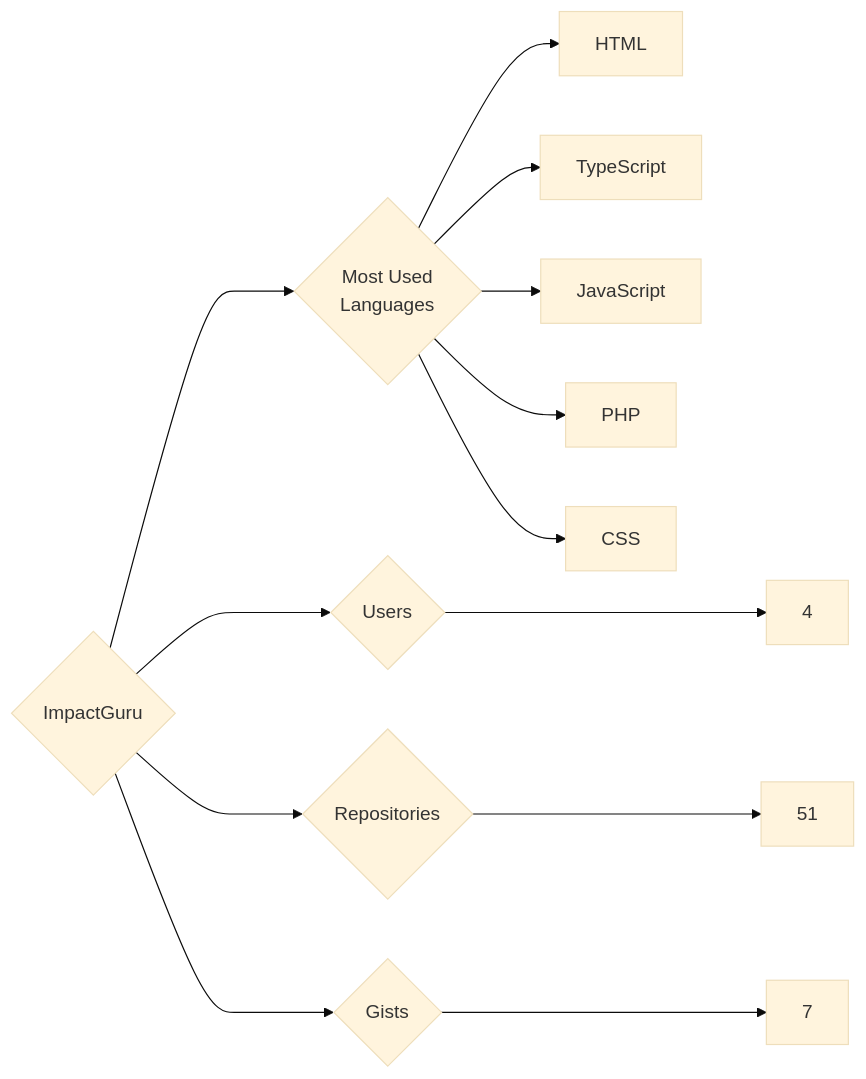
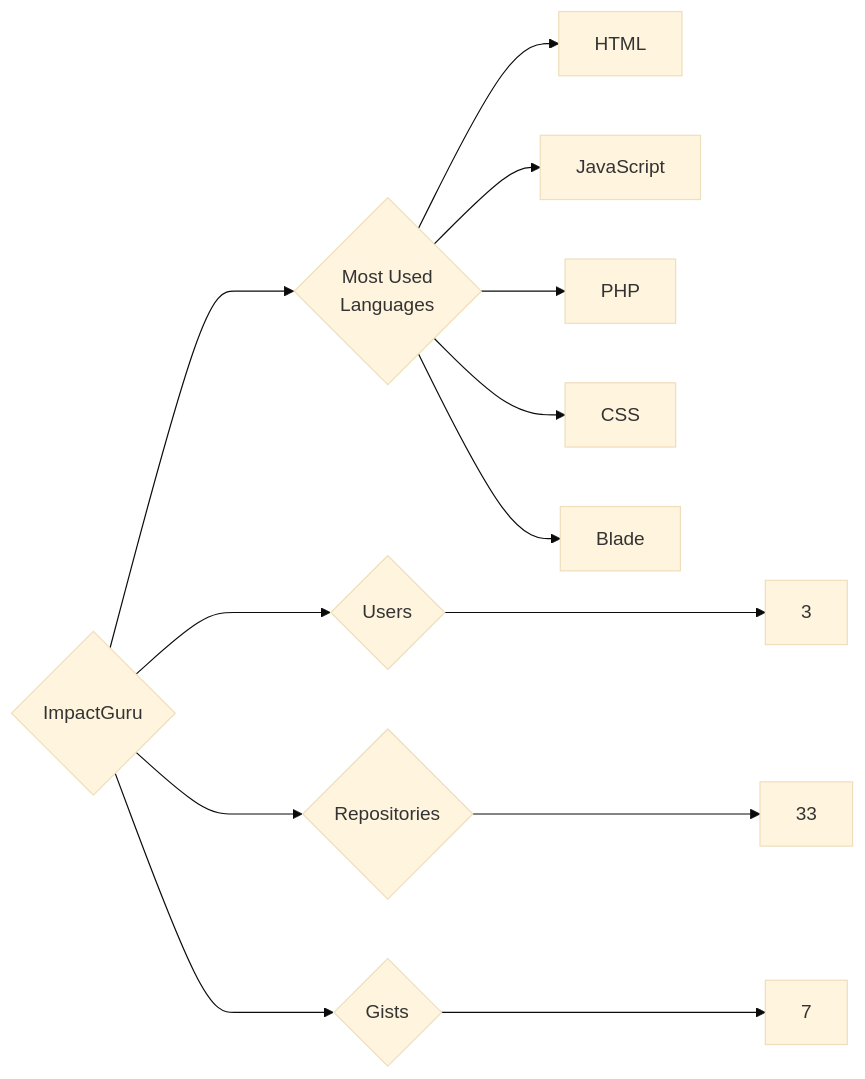
The diagram in targets/ImpactGuru/README.md (trickest/insiders), drawn with Mermaid (base theme) before and after one commit. The commit also changed 873 other files, not shown here.

````diff
--- a/targets/ImpactGuru/README.md
+++ b/targets/ImpactGuru/README.md
@@ -3,13 +3,13 @@
 ```mermaid
 graph LR
 COMPANY_NAME{ImpactGuru}
-COMPANY_NAME ---> U{Users} ---> UN[4]
-COMPANY_NAME ---> R{Repositories} ---> RN[51]
+COMPANY_NAME ---> U{Users} ---> UN[3]
+COMPANY_NAME ---> R{Repositories} ---> RN[33]
 COMPANY_NAME ---> G{Gists} ---> GN[7]
 COMPANY_NAME ---> ML{Most Used<br>Languages}
 ML --> HTML[HTML]
-ML --> TypeScript[TypeScript]
 ML --> JavaScript[JavaScript]
 ML --> PHP[PHP]
 ML --> CSS[CSS]
+ML --> Blade[Blade]
 ```
````
